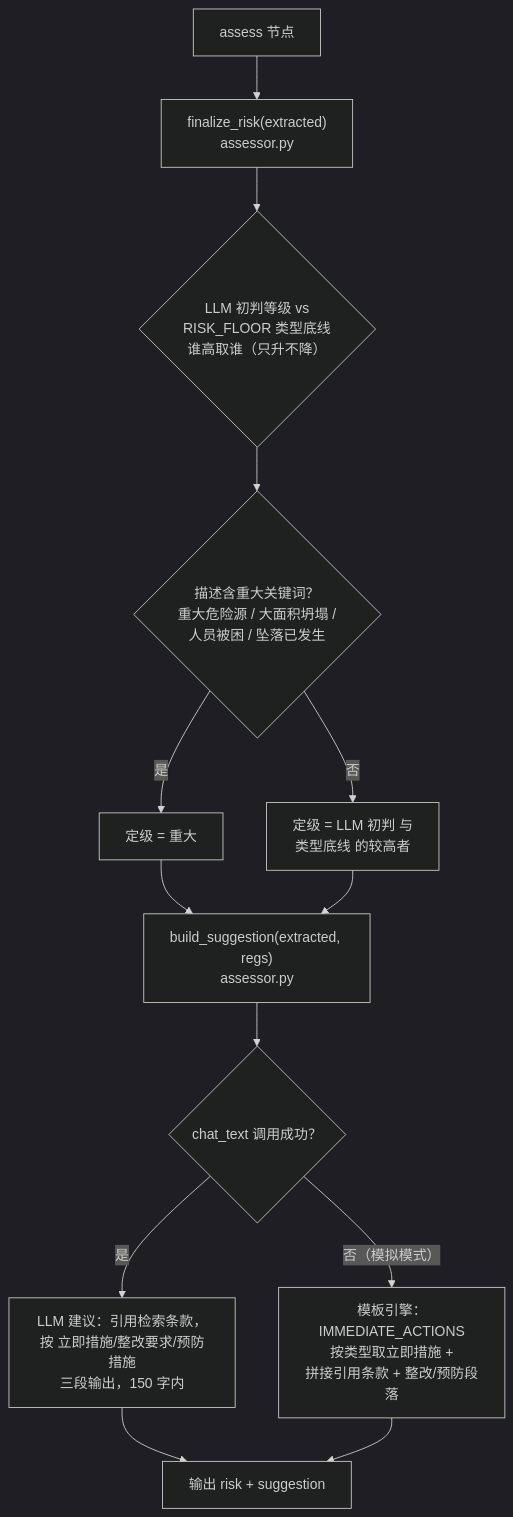
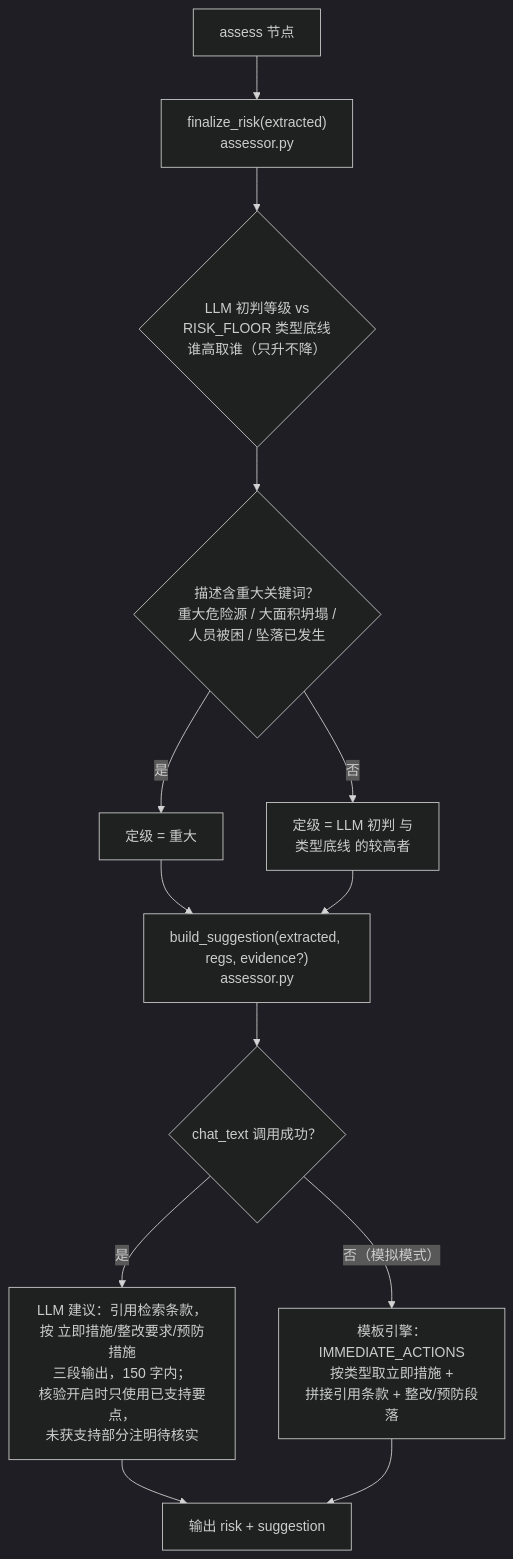
The fifth of 8 diagrams in docs/隐患上报Agent主链路说明.md (pandaadsas/zhuan-cloud), drawn with Mermaid (dark theme) before and after one commit. The commit also changed other lines of this file and 4 other files, not shown here.

First line of the commit message:
docs: 同步依据核验、意图路由与混合检索的文档描述

````diff
--- a/docs/隐患上报Agent主链路说明.md
+++ b/docs/隐患上报Agent主链路说明.md
@@ -116,15 +119,15 @@
 ```mermaid
 flowchart TD
     A["assess 节点"] --> B["finalize_risk(extracted)<br/>assessor.py"]
     B --> C{"LLM 初判等级 vs<br/>RISK_FLOOR 类型底线<br/>谁高取谁（只升不降）"}
     C --> D{"描述含重大关键词？<br/>重大危险源 / 大面积坍塌 /<br/>人员被困 / 坠落已发生"}
     D -- 是 --> E["定级 = 重大"]
     D -- 否 --> F["定级 = LLM 初判 与<br/>类型底线 的较高者"]
-    E --> G["build_suggestion(extracted, regs)<br/>assessor.py"]
+    E --> G["build_suggestion(extracted, regs, evidence?)<br/>assessor.py"]
     F --> G
     G --> H{"chat_text 调用成功？"}
-    H -- 是 --> I["LLM 建议：引用检索条款，<br/>按 立即措施/整改要求/预防措施<br/>三段输出，150 字内"]
+    H -- 是 --> I["LLM 建议：引用检索条款，<br/>按 立即措施/整改要求/预防措施<br/>三段输出，150 字内；<br/>核验开启时只使用已支持要点，<br/>未获支持部分注明待核实"]
     H -- "否（模拟模式）" --> J["模板引擎：IMMEDIATE_ACTIONS<br/>按类型取立即措施 +<br/>拼接引用条款 + 整改/预防段落"]
     I --> K["输出 risk + suggestion"]
     J --> K
 ```
````
